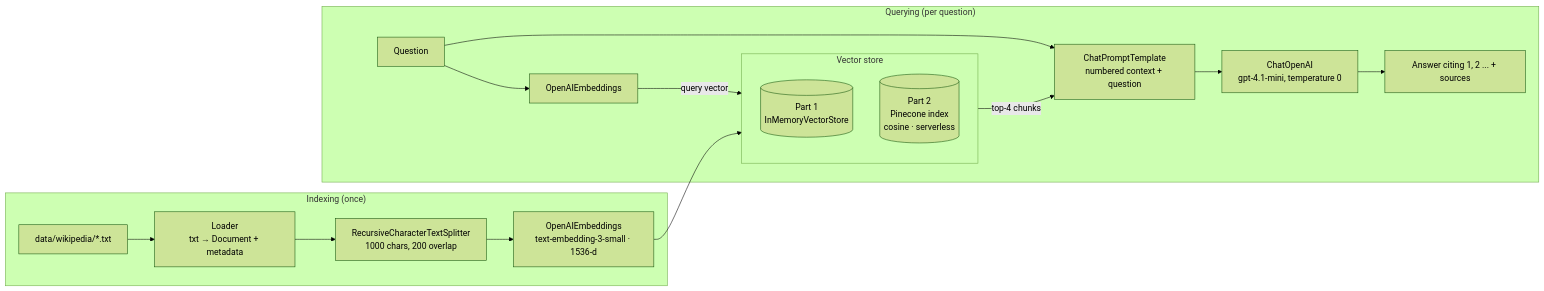
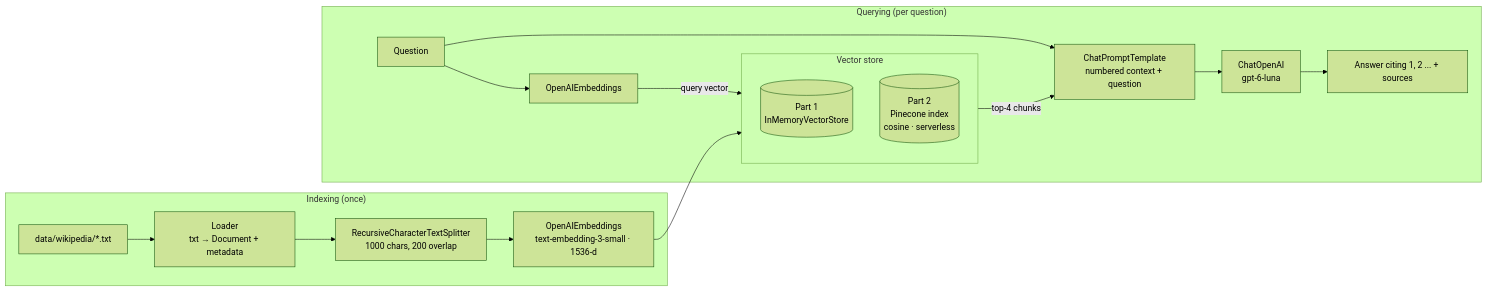
Before and after one commit to bricenojuliana/AYGO-RAG-and-Vector-Databases: the first of 2 diagrams in README.md, drawn with Mermaid (forest theme). The commit also changed other lines of this file and 1 other file, not shown here.

First line of the commit message:
Switch to gpt-6-luna and keep Pinecone index in sync

````diff
--- a/README.md
+++ b/README.md
@@ -14,21 +14,21 @@
 ```mermaid
 flowchart LR
     subgraph Indexing["Indexing (once)"]
         TXT[data/wikipedia/*.txt] --> L[Loader<br/>txt → Document + metadata]
         L --> S[RecursiveCharacterTextSplitter<br/>1000 chars, 200 overlap]
         S --> E1[OpenAIEmbeddings<br/>text-embedding-3-small · 1536-d]
     end
     E1 --> VS
     subgraph VS["Vector store"]
         MEM[(Part 1<br/>InMemoryVectorStore)]
         PC[(Part 2<br/>Pinecone index<br/>cosine · serverless)]
     end
     subgraph Querying["Querying (per question)"]
         Q[Question] --> E2[OpenAIEmbeddings]
         E2 -- query vector --> VS
         VS -- top-4 chunks --> P[ChatPromptTemplate<br/>numbered context + question]
         Q --> P
-        P --> LLM[ChatOpenAI<br/>gpt-4.1-mini, temperature 0]
+        P --> LLM[ChatOpenAI<br/>gpt-6-luna]
         LLM --> A[Answer citing 1, 2 ... + sources]
     end
 ```
````
